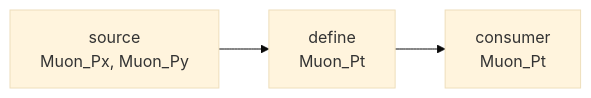
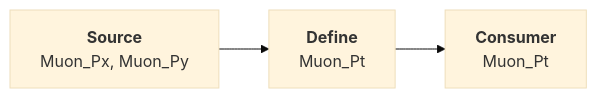
The third of 3 diagrams in docs/extending/operations-and-specs.md (FAST-HEP/fasthep-flow), drawn with Mermaid (base theme) before and after one commit. The commit also changed other lines of this file and 9 other files, not shown here.

````diff
--- a/docs/extending/operations-and-specs.md
+++ b/docs/extending/operations-and-specs.md
@@ -309,8 +302,8 @@
 ```{mermaid}
 flowchart LR
-    Source["source<br/>Muon_Px, Muon_Py"]
-    Define["define<br/>Muon_Pt"]
-    Consumer["consumer<br/>Muon_Pt"]
+    Source["<b>Source</b><br/>Muon_Px, Muon_Py"]:::source
+    Define["<b>Define</b><br/>Muon_Pt"]:::transform
+    Consumer["<b>Consumer</b><br/>Muon_Pt"]:::transform
 
     Source --> Define --> Consumer
 ```
````
